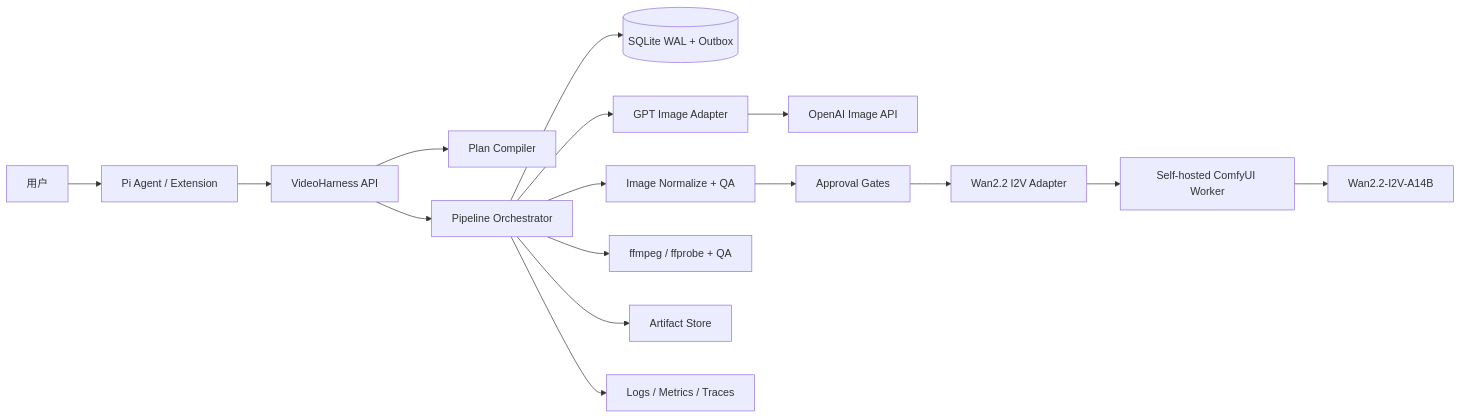
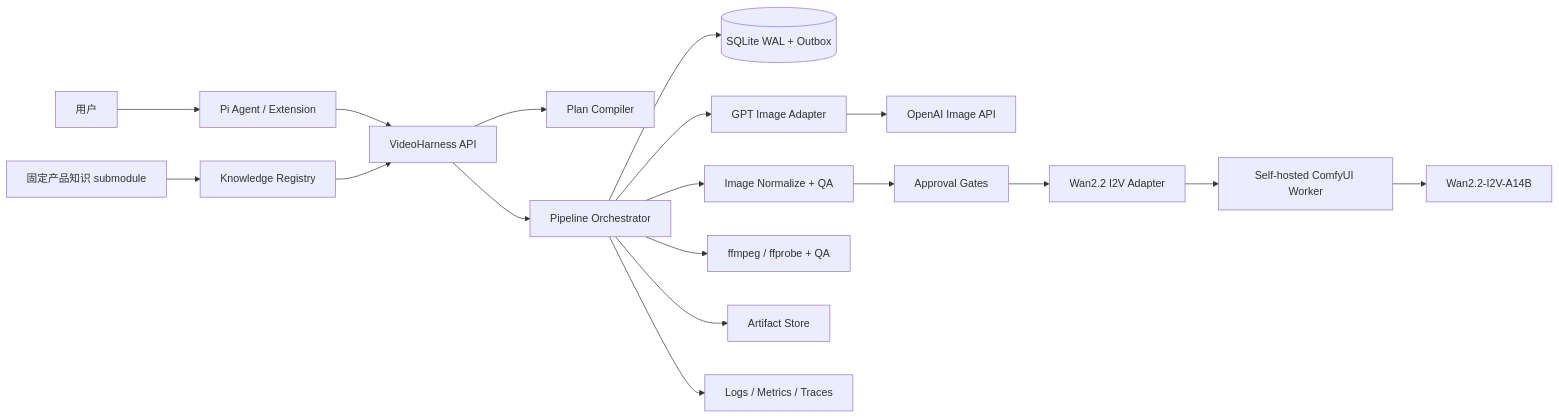
One commit to qinyh10300/pi-video-harness changed the diagram in README.md. Above: the diagram before and after it, drawn with Mermaid. The commit also changed other lines of this file and 48 other files, not shown here.

````diff
--- a/README.md
+++ b/README.md
@@ -171,18 +213,20 @@
 ```mermaid
 flowchart LR
     User[用户] --> Pi[Pi Agent / Extension]
     Pi --> API[VideoHarness API]
+    Knowledge[固定产品知识 submodule] --> Registry[Knowledge Registry]
+    Registry --> API
     API --> Planner[Plan Compiler]
     API --> Pipeline[Pipeline Orchestrator]
     Pipeline --> Store[(SQLite WAL + Outbox)]
     Pipeline --> ImageAdapter[GPT Image Adapter]
     ImageAdapter --> OpenAI[OpenAI Image API]
     Pipeline --> ImageQA[Image Normalize + QA]
     ImageQA --> Gates[Approval Gates]
     Gates --> WanAdapter[Wan2.2 I2V Adapter]
     WanAdapter --> Comfy[Self-hosted ComfyUI Worker]
     Comfy --> A14B[Wan2.2-I2V-A14B]
     Pipeline --> VideoQA[ffmpeg / ffprobe + QA]
     Pipeline --> Artifacts[Artifact Store]
     Pipeline --> Telemetry[Logs / Metrics / Traces]
 ```
````
